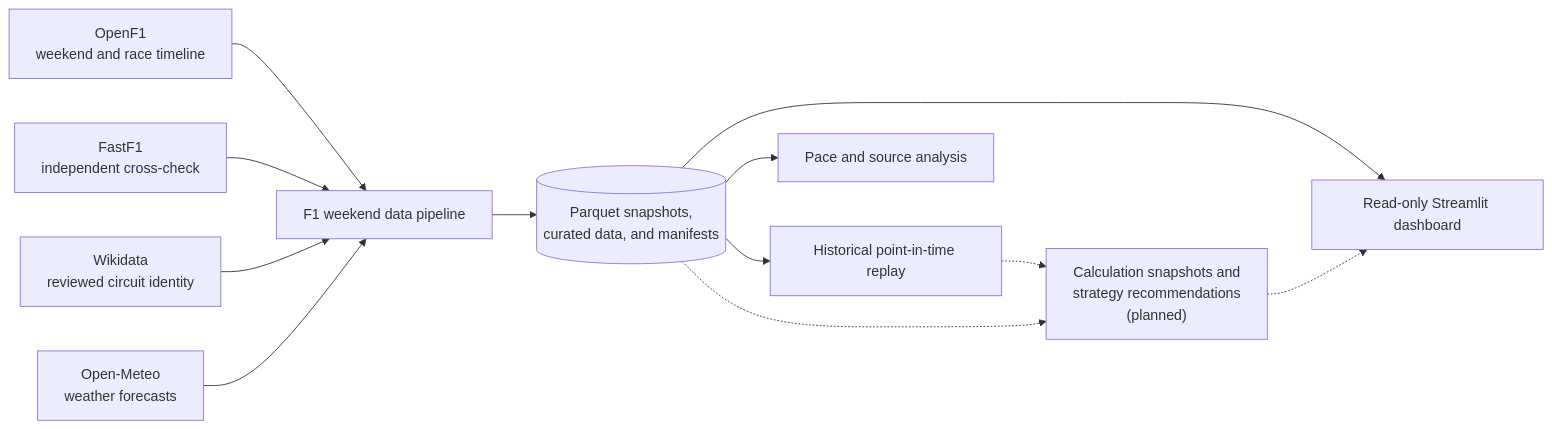
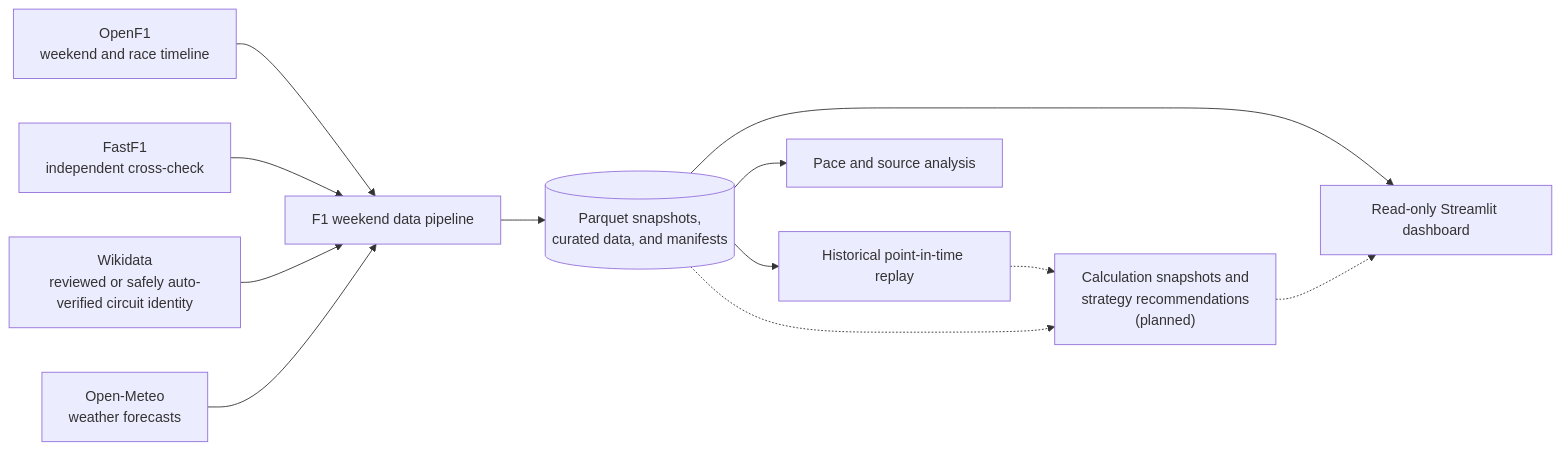
One commit to vvleo23/f1-strat changed the first of 5 diagrams in README.md. Above: the diagram before and after it, drawn with Mermaid. The commit also changed other lines of this file and 20 other files, not shown here.

````diff
--- a/README.md
+++ b/README.md
@@ -17,26 +17,26 @@
 ```mermaid
 flowchart LR
     OpenF1[OpenF1<br/>weekend and race timeline]
     FastF1[FastF1<br/>independent cross-check]
-    Wikidata[Wikidata<br/>reviewed circuit identity]
+    Wikidata[Wikidata<br/>reviewed or safely auto-verified circuit identity]
     OpenMeteo[Open-Meteo<br/>weather forecasts]
 
     Pipeline[F1 weekend data pipeline]
     Store[(Parquet snapshots,<br/>curated data, and manifests)]
     Replay[Historical point-in-time replay]
     Analysis[Pace and source analysis]
     Calculations["Calculation snapshots and<br/>strategy recommendations<br/>(planned)"]
     UI["Read-only Streamlit dashboard"]
 
     OpenF1 --> Pipeline
     FastF1 --> Pipeline
     Wikidata --> Pipeline
     OpenMeteo --> Pipeline
     Pipeline --> Store
     Store --> Replay
     Store --> Analysis
     Replay -.-> Calculations
     Store -.-> Calculations
     Store --> UI
     Calculations -.-> UI
 ```
````
